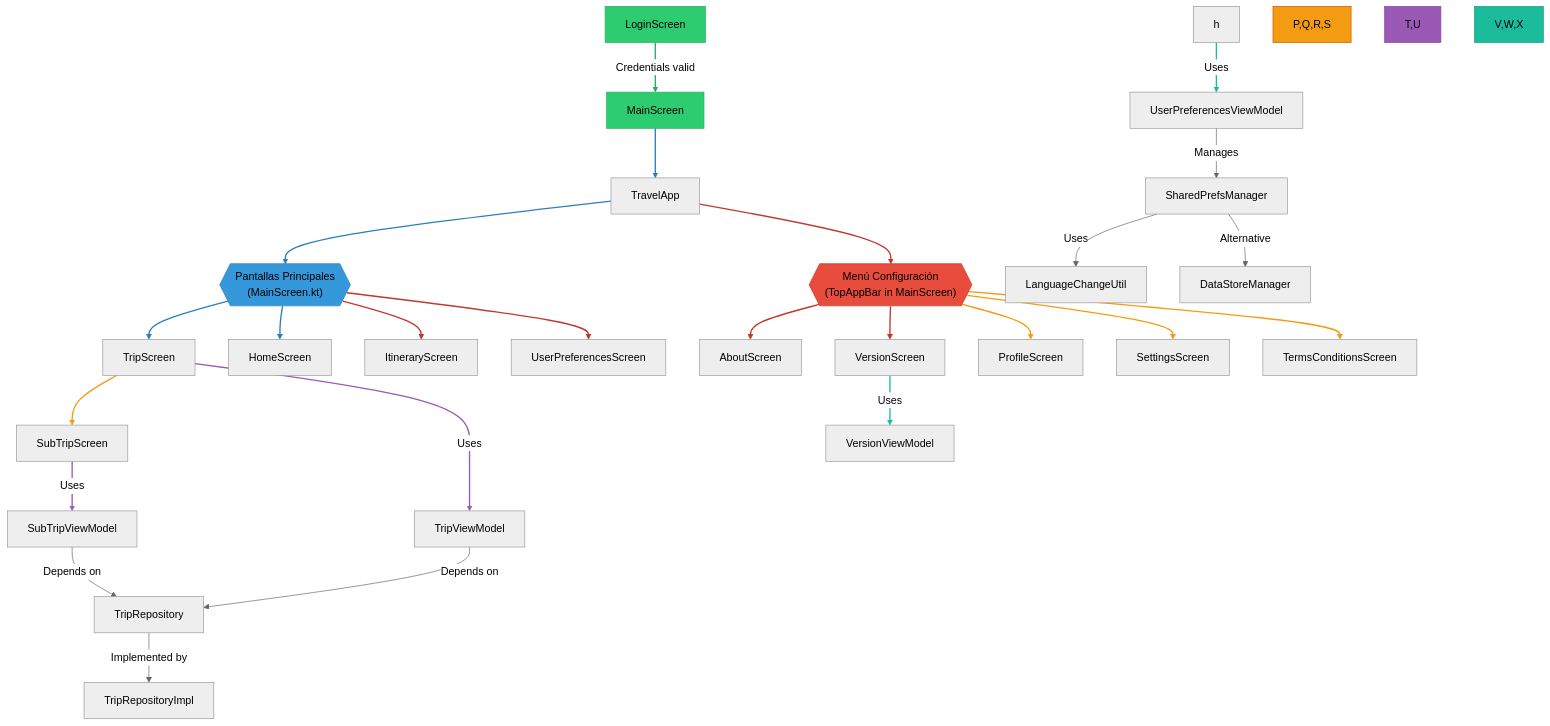
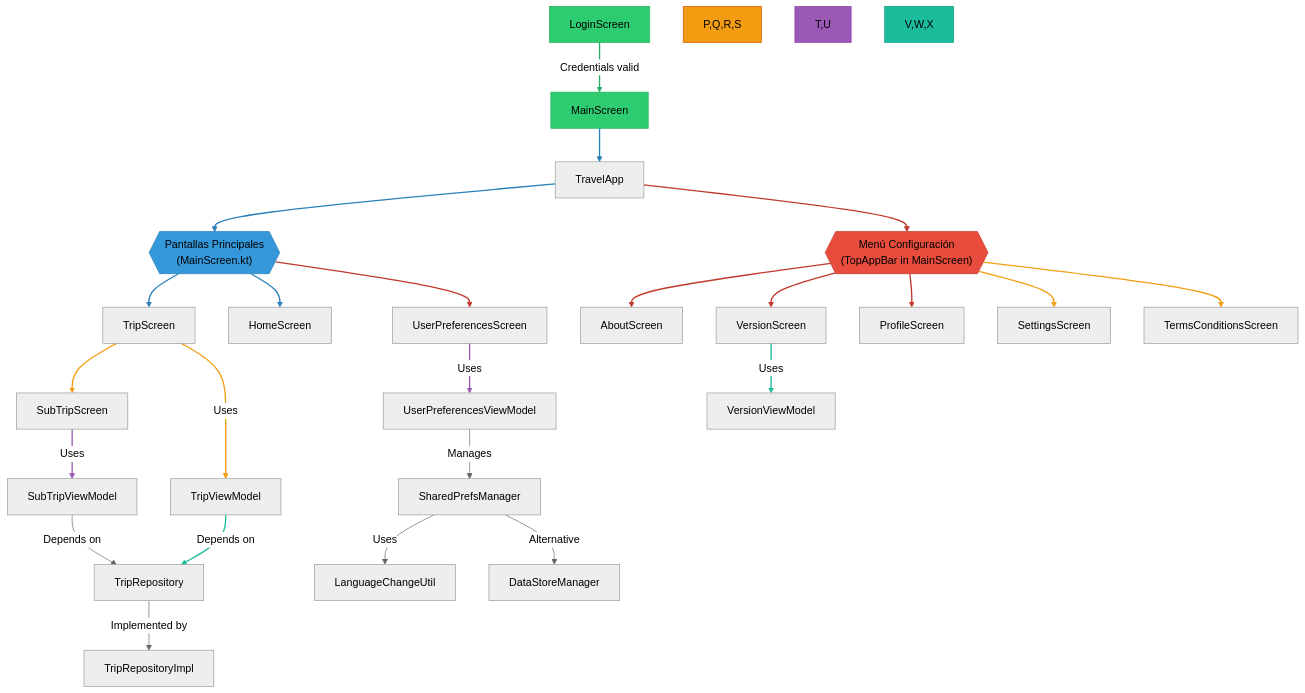
Before and after one commit to GEI3-Udl-2025/Travel_World: the second of 2 diagrams in documentation/design.md, drawn with Mermaid (neutral theme).

````diff
--- a/documentation/design.md
+++ b/documentation/design.md
@@ -21,47 +21,46 @@
 ```mermaid
 flowchart TD
     %% ===== Main Flow =====
     A[LoginScreen] -->|"Credentials valid"| B[MainScreen]
     B --> C[TravelApp]
     C --> D{{"Pantallas Principales\n(MainScreen.kt)"}}
     D --> E[TripScreen]
     D --> F[HomeScreen]
-    D --> G[ItineraryScreen]
-    D --> H[UserPreferencesScreen]
+    D --> G[UserPreferencesScreen]
     C --> I{{"Menú Configuración\n(TopAppBar in MainScreen)"}}
     I --> J[AboutScreen]
     I --> K[VersionScreen]
     I --> L[ProfileScreen]
     I --> M[SettingsScreen]
     I --> N[TermsConditionsScreen]
     E --> O[SubTripScreen]
 
     %% ===== Data Connections =====
     E -->|"Uses"| P[TripViewModel]
     O -->|"Uses"| Q[SubTripViewModel]
-    h -->|"Uses"| R[UserPreferencesViewModel]
+    G -->|"Uses"| R[UserPreferencesViewModel]
     K -->|"Uses"| S[VersionViewModel]
     
     P & Q -->|"Depends on"| T[TripRepository]
     T -->|"Implemented by"| U[TripRepositoryImpl]
     R -->|"Manages"| V[SharedPrefsManager]
     V -->|"Uses"| W[LanguageChangeUtil]
     V -->|"Alternative"| X[DataStoreManager]
 
     %% ===== Style =====
     style A fill:#2ecc71,stroke:#27ae60
     style B fill:#2ecc71,stroke:#27ae60
     style D fill:#3498db,stroke:#2980b9
     style I fill:#e74c3c,stroke:#c0392b
     style P,Q,R,S fill:#f39c12,stroke:#d35400
     style T,U fill:#9b59b6,stroke:#8e44ad
     style V,W,X fill:#1abc9c,stroke:#16a085
 
     %% ===== Legend =====
     linkStyle 0 stroke:#27ae60,stroke-width:2px
     linkStyle 1,2,3,4 stroke:#2980b9,stroke-width:2px
     linkStyle 5,6,7,8,9 stroke:#c0392b,stroke-width:2px
     linkStyle 10,11,12,13 stroke:#f39c12,stroke-width:2px
     linkStyle 14,15 stroke:#9b59b6,stroke-width:2px
     linkStyle 16,17 stroke:#1abc9c,stroke-width:2px
 ```
````
